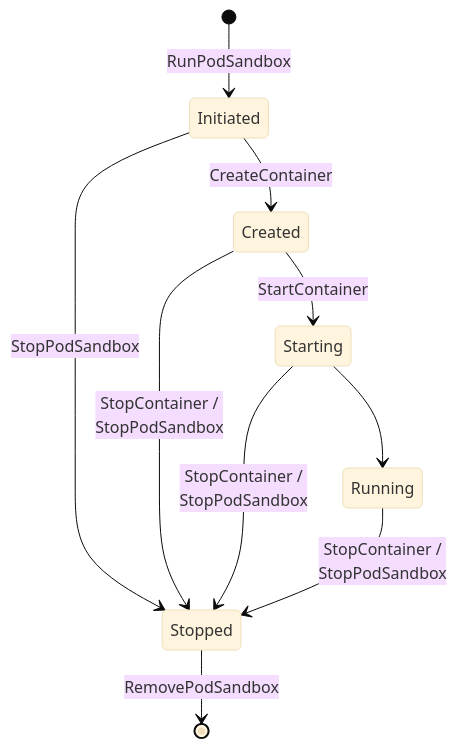
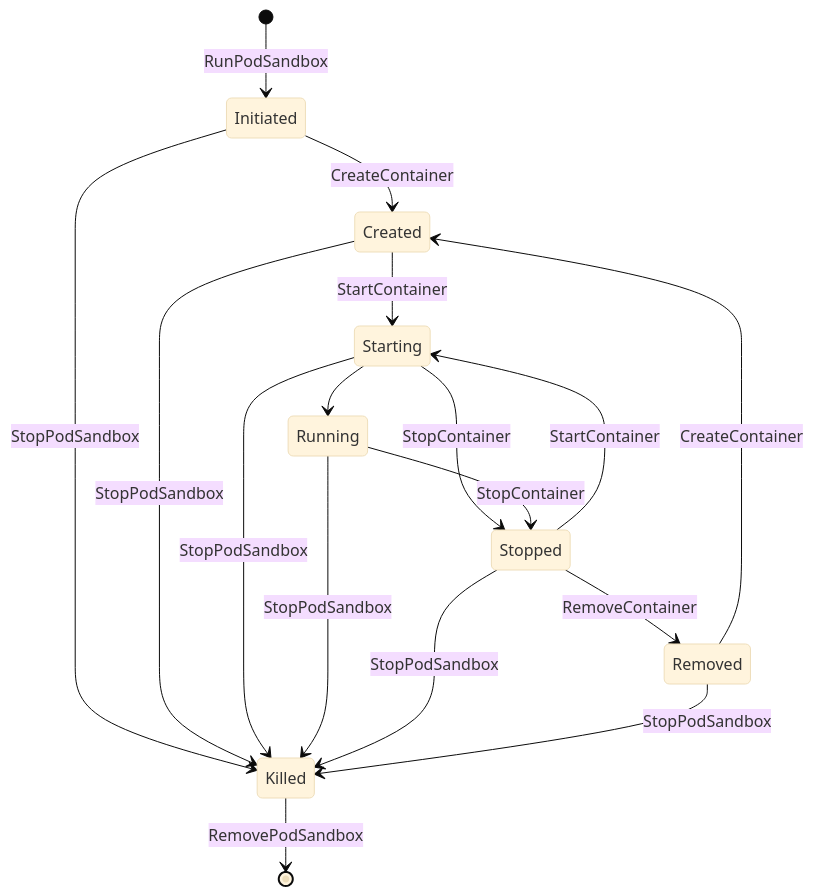
Before and after one commit to vimana-cloud/vimana: the diagram in work/runtime/README.md, drawn with Mermaid (base theme). The commit also changed other lines of this file and 2 other files, not shown here.

````diff
--- a/work/runtime/README.md
+++ b/work/runtime/README.md
@@ -28,12 +47,19 @@
 ```mermaid
 stateDiagram
     [*] --> Initiated : RunPodSandbox
     Initiated --> Created : CreateContainer
-    Initiated --> Stopped : StopPodSandbox
+    Initiated --> Killed : StopPodSandbox
     Created --> Starting : StartContainer
-    Created --> Stopped : StopContainer /<br />StopPodSandbox
+    Created --> Killed : StopPodSandbox
     Starting --> Running
-    Starting --> Stopped : StopContainer /<br />StopPodSandbox
-    Running --> Stopped : StopContainer /<br />StopPodSandbox
-    Stopped --> [*] : RemovePodSandbox
+    Starting --> Stopped : StopContainer
+    Starting --> Killed : StopPodSandbox
+    Running --> Stopped : StopContainer
+    Running --> Killed : StopPodSandbox
+    Stopped --> Starting : StartContainer
+    Stopped --> Removed : RemoveContainer
+    Stopped --> Killed : StopPodSandbox
+    Removed --> Created : CreateContainer
+    Removed --> Killed : StopPodSandbox
+    Killed --> [*] : RemovePodSandbox
 ```
````
